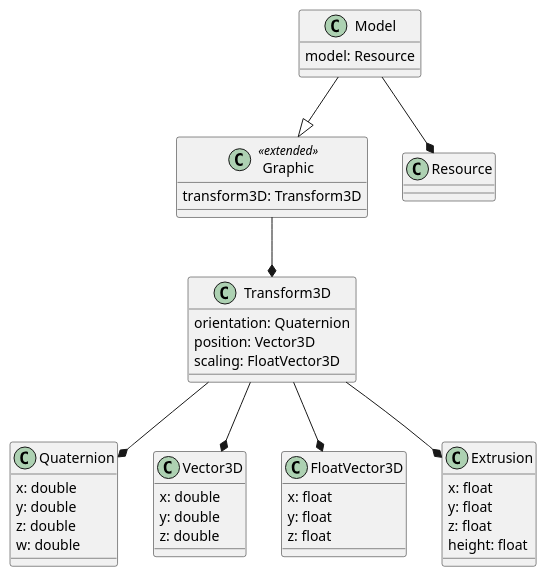
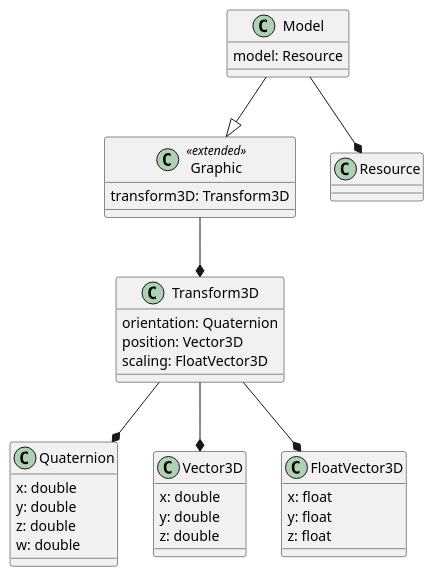
The first of 2 diagrams in core/sections/clause_19_3D.adoc (opengeospatial/styles-and-symbology), drawn with PlantUML before and after one commit. The commit also changed other lines of this file and 7 other files, not shown here.

```diff
--- a/core/sections/clause_19_3D.adoc
+++ b/core/sections/clause_19_3D.adoc
@@ -4,36 +4,30 @@
 [plantuml, target=diagram-classes, format=png]
 ....
 class Graphic <<extended>>
 Graphic : transform3D: Transform3D
 Graphic --* Transform3D
 
 Transform3D : orientation: Quaternion
 Transform3D : position: Vector3D
 Transform3D : scaling: FloatVector3D
 Transform3D --* Quaternion
 Transform3D --* Vector3D
 Transform3D --* FloatVector3D
-Transform3D --* Extrusion
 
 Quaternion : x: double
 Quaternion : y: double
 Quaternion : z: double
 Quaternion : w: double
 
 Vector3D : x: double
 Vector3D : y: double
 Vector3D : z: double
 
 FloatVector3D : x: float
 FloatVector3D : y: float
 FloatVector3D : z: float
 
-Extrusion : x: float
-Extrusion : y: float
-Extrusion : z: float
-Extrusion : height: float
-
 Model --|> Graphic
 Model : model: Resource
 Model --* Resource
 ....
```
